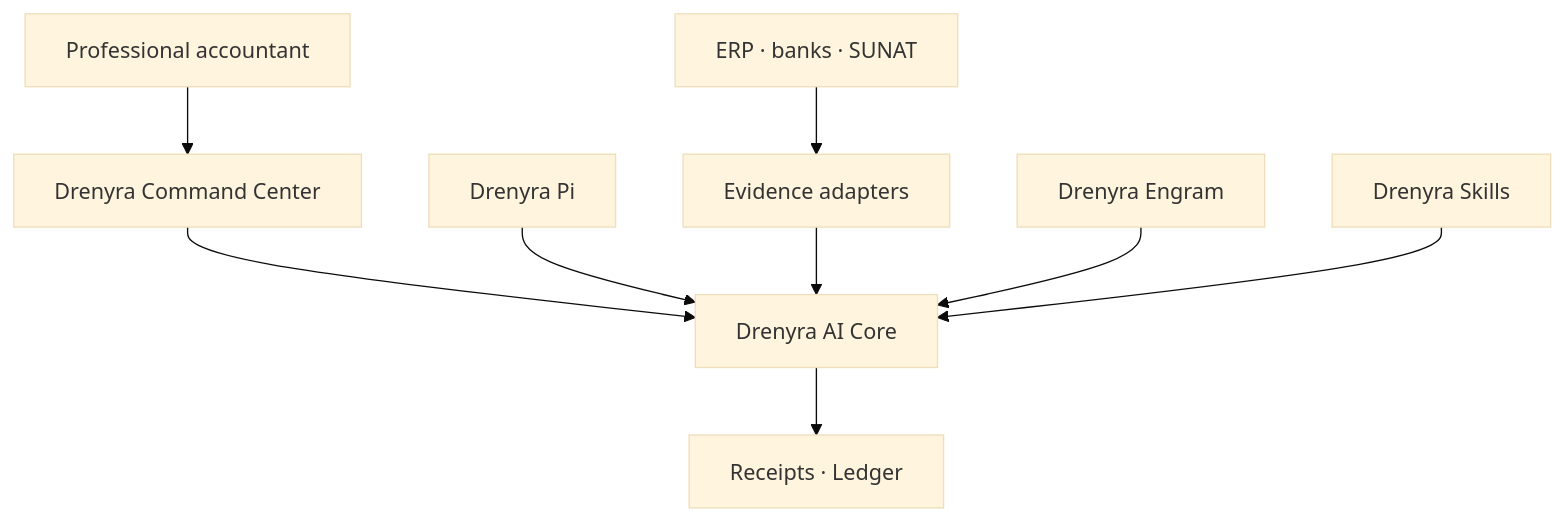
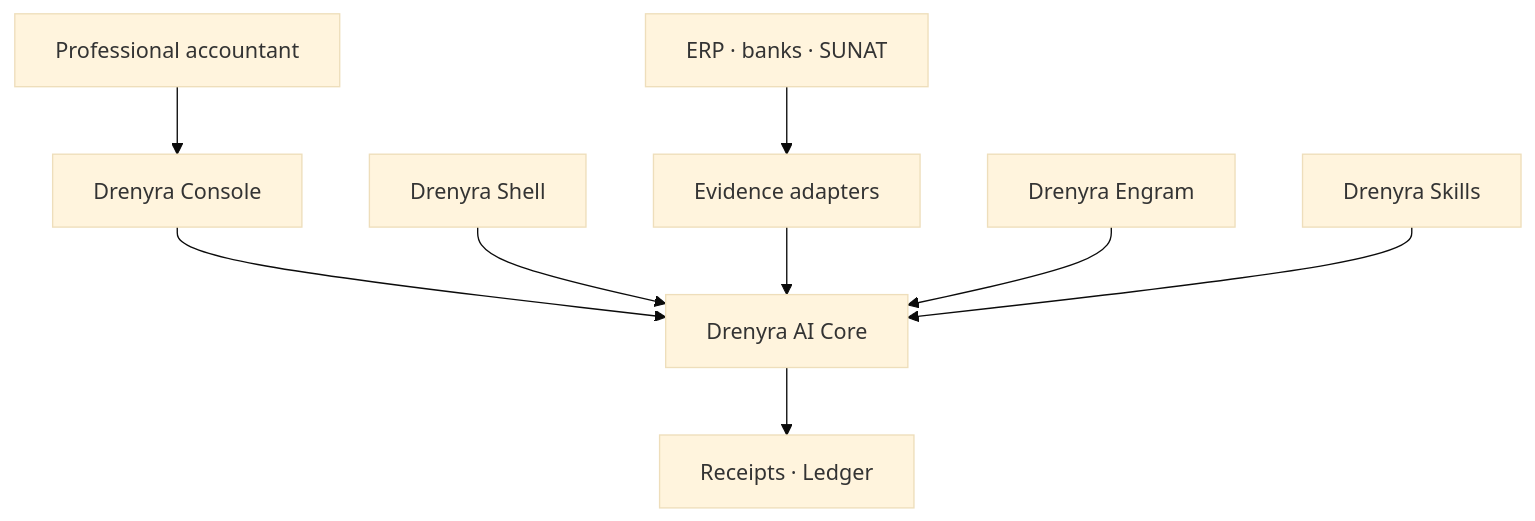
Before and after one commit to arkelythex/drenyra-ai: the diagram in docs/design/design-01-ecosystem-frontier-and-authority.md, drawn with Mermaid (base theme). The commit also changed other lines of this file and 25 other files, not shown here.

Commit message:
docs: rename Drenyra Command Center and Drenyra Desktop to Drenyra Console

````diff
--- a/docs/design/design-01-ecosystem-frontier-and-authority.md
+++ b/docs/design/design-01-ecosystem-frontier-and-authority.md
@@ -21,11 +21,11 @@
 ```mermaid
 flowchart TD
-    P["Professional accountant"] --> D["Drenyra Command Center"]
+    P["Professional accountant"] --> D["Drenyra Console"]
     D --> AI["Drenyra AI Core"]
-    PI["Drenyra Pi"] --> AI
+    PI["Drenyra Shell"] --> AI
     ERP["ERP · banks · SUNAT"] --> AD["Evidence adapters"]
     AD --> AI
     EN["Drenyra Engram"] --> AI
     SK["Drenyra Skills"] --> AI
     AI --> RC["Receipts · Ledger"]
 ```
````
